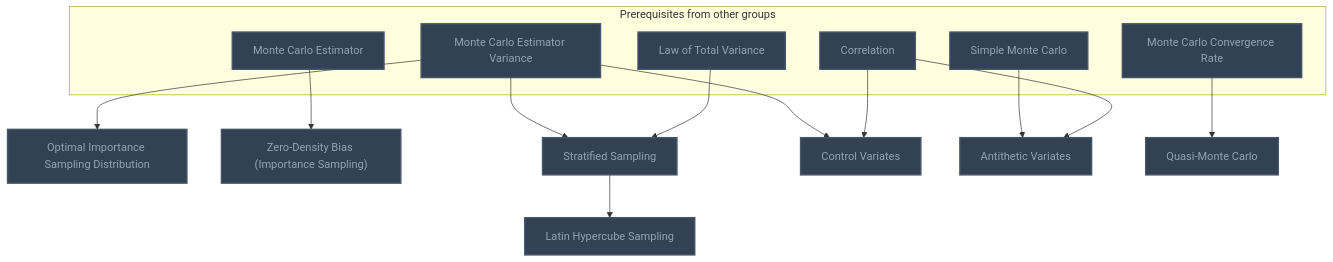
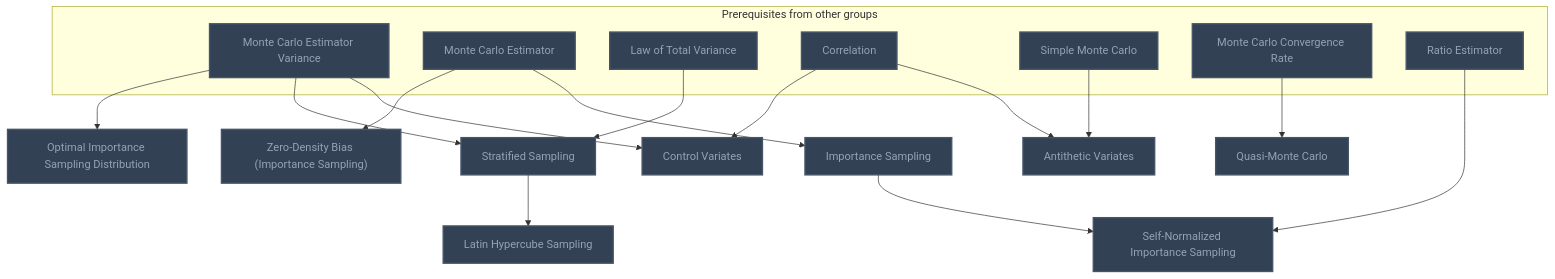
The fifth of 9 diagrams in Gamification/Skill Trees/Monte Carlo Methods.md (MRauf1/My-Notes), drawn with Mermaid before and after one commit. The commit also changed other lines of this file and 156 other files, not shown here.

````diff
--- a/Gamification/Skill Trees/Monte Carlo Methods.md
+++ b/Gamification/Skill Trees/Monte Carlo Methods.md
@@ -243,39 +243,45 @@
 ```mermaid
 flowchart TD
     classDef planned fill:#1E293B,stroke:#64748B,stroke-width:2px,stroke-dasharray:5 5,color:#94A3B8;
     classDef locked fill:#334155,stroke:#475569,stroke-width:2px,color:#94A3B8;
     classDef L0 fill:#F1F5F9,stroke:#94A3B8,stroke-width:2px,color:#000000;
     classDef L1 fill:#22C55E,stroke:#15803D,stroke-width:2px,color:#000000;
     classDef L2 fill:#3B82F6,stroke:#1D4ED8,stroke-width:3px,color:#FFFFFF;
     classDef L3 fill:#A855F7,stroke:#6B21A8,stroke-width:3px,color:#FFFFFF,font-weight:bold;
     classDef L4 fill:#F97316,stroke:#C2410C,stroke-width:4px,color:#000000,font-weight:bold;
     classDef L5 fill:#FFD700,stroke:#FF8C00,stroke-width:5px,color:#000000,font-weight:bold;
     classDef rusty stroke:#8B4513,stroke-width:4px,stroke-dasharray:3 3;
     subgraph sg_prereqs["Prerequisites from other groups"]
         n_monte_carlo_estimator_variance["Monte Carlo Estimator Variance"]
         n_monte_carlo_estimator["Monte Carlo Estimator"]
         n_law_of_total_variance["Law of Total Variance"]
         n_correlation["Correlation"]
         n_simple_monte_carlo["Simple Monte Carlo"]
         n_monte_carlo_convergence_rate["Monte Carlo Convergence Rate"]
+        n_ratio_estimator["Ratio Estimator"]
     end
     n_optimal_importance_sampling_distribution["Optimal Importance Sampling Distribution"]
     n_zero_density_bias_importance_sampling["Zero-Density Bias (Importance Sampling)"]
     n_stratified_sampling["Stratified Sampling"]
     n_latin_hypercube_sampling["Latin Hypercube Sampling"]
     n_control_variates["Control Variates"]
     n_antithetic_variates["Antithetic Variates"]
     n_quasi_monte_carlo["Quasi-Monte Carlo"]
+    n_importance_sampling["Importance Sampling"]
+    n_self_normalized_importance_sampling["Self-Normalized Importance Sampling"]
     n_monte_carlo_estimator_variance --> n_optimal_importance_sampling_distribution
     n_monte_carlo_estimator --> n_zero_density_bias_importance_sampling
     n_monte_carlo_estimator_variance --> n_stratified_sampling
     n_law_of_total_variance --> n_stratified_sampling
     n_stratified_sampling --> n_latin_hypercube_sampling
     n_monte_carlo_estimator_variance --> n_control_variates
     n_correlation --> n_control_variates
     n_simple_monte_carlo --> n_antithetic_variates
     n_correlation --> n_antithetic_variates
     n_monte_carlo_convergence_rate --> n_quasi_monte_carlo
-    class n_monte_carlo_estimator_variance,n_monte_carlo_estimator,n_law_of_total_variance,n_correlation,n_simple_monte_carlo,n_monte_carlo_convergence_rate,n_optimal_importance_sampling_distribution,n_zero_density_bias_importance_sampling,n_stratified_sampling,n_latin_hypercube_sampling,n_control_variates,n_antithetic_variates,n_quasi_monte_carlo locked;
-    class n_monte_carlo_estimator_variance,n_monte_carlo_estimator,n_law_of_total_variance,n_correlation,n_simple_monte_carlo,n_monte_carlo_convergence_rate,n_optimal_importance_sampling_distribution,n_zero_density_bias_importance_sampling,n_stratified_sampling,n_latin_hypercube_sampling,n_control_variates,n_antithetic_variates,n_quasi_monte_carlo internal-link;
+    n_monte_carlo_estimator --> n_importance_sampling
+    n_importance_sampling --> n_self_normalized_importance_sampling
+    n_ratio_estimator --> n_self_normalized_importance_sampling
+    class n_monte_carlo_estimator_variance,n_monte_carlo_estimator,n_law_of_total_variance,n_correlation,n_simple_monte_carlo,n_monte_carlo_convergence_rate,n_ratio_estimator,n_optimal_importance_sampling_distribution,n_zero_density_bias_importance_sampling,n_stratified_sampling,n_latin_hypercube_sampling,n_control_variates,n_antithetic_variates,n_quasi_monte_carlo,n_importance_sampling,n_self_normalized_importance_sampling locked;
+    class n_monte_carlo_estimator_variance,n_monte_carlo_estimator,n_law_of_total_variance,n_correlation,n_simple_monte_carlo,n_monte_carlo_convergence_rate,n_ratio_estimator,n_optimal_importance_sampling_distribution,n_zero_density_bias_importance_sampling,n_stratified_sampling,n_latin_hypercube_sampling,n_control_variates,n_antithetic_variates,n_quasi_monte_carlo,n_importance_sampling,n_self_normalized_importance_sampling internal-link;
 ```
````
